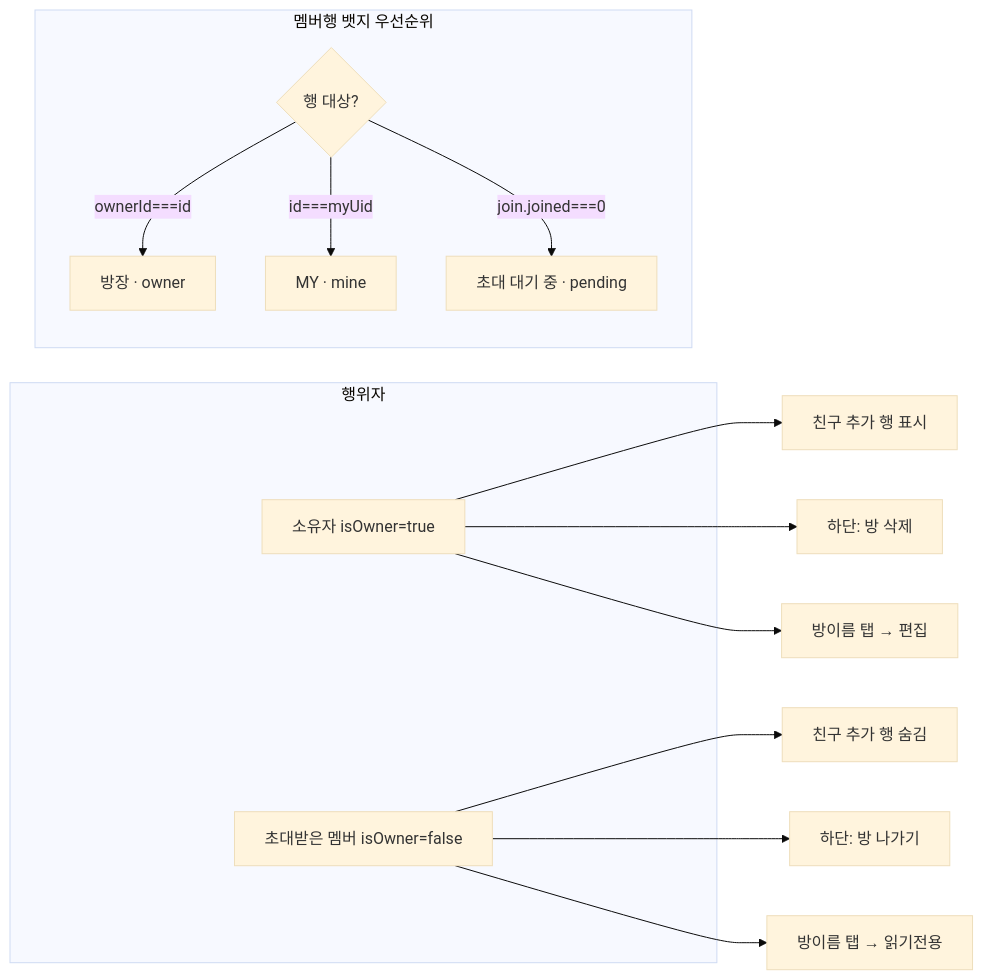
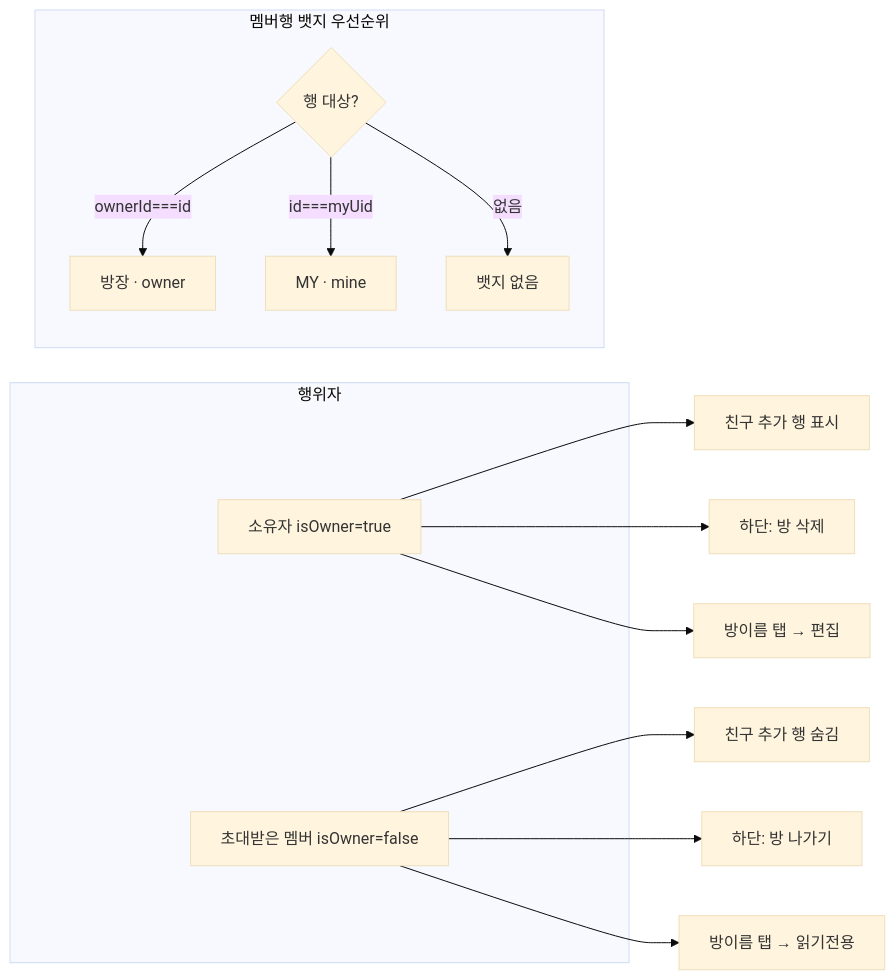
Before and after one commit to lemoncloud-io/dou-app: the second of 3 diagrams in apps/web/docs/feature/channels/channel-settings.md, drawn with Mermaid (base theme). The commit also changed other lines of this file and 42 other files, not shown here.

````diff
--- a/apps/web/docs/feature/channels/channel-settings.md
+++ b/apps/web/docs/feature/channels/channel-settings.md
@@ -90,19 +90,19 @@
 ```mermaid
 flowchart LR
   subgraph 행위자
     O[소유자 isOwner=true]
     M[초대받은 멤버 isOwner=false]
   end
   O --> AddShown[친구 추가 행 표시]
   O --> Danger1[하단: 방 삭제]
   O --> NameEdit[방이름 탭 → 편집]
   M --> AddHidden[친구 추가 행 숨김]
   M --> Danger2[하단: 방 나가기]
   M --> NameRead[방이름 탭 → 읽기전용]
 
   subgraph 멤버행 뱃지 우선순위
     B{행 대상?} -->|ownerId===id| Owner[방장 · owner]
     B -->|id===myUid| Mine[MY · mine]
-    B -->|join.joined===0| Pending[초대 대기 중 · pending]
+    B -->|없음| Plain[뱃지 없음]
   end
 ```
````
